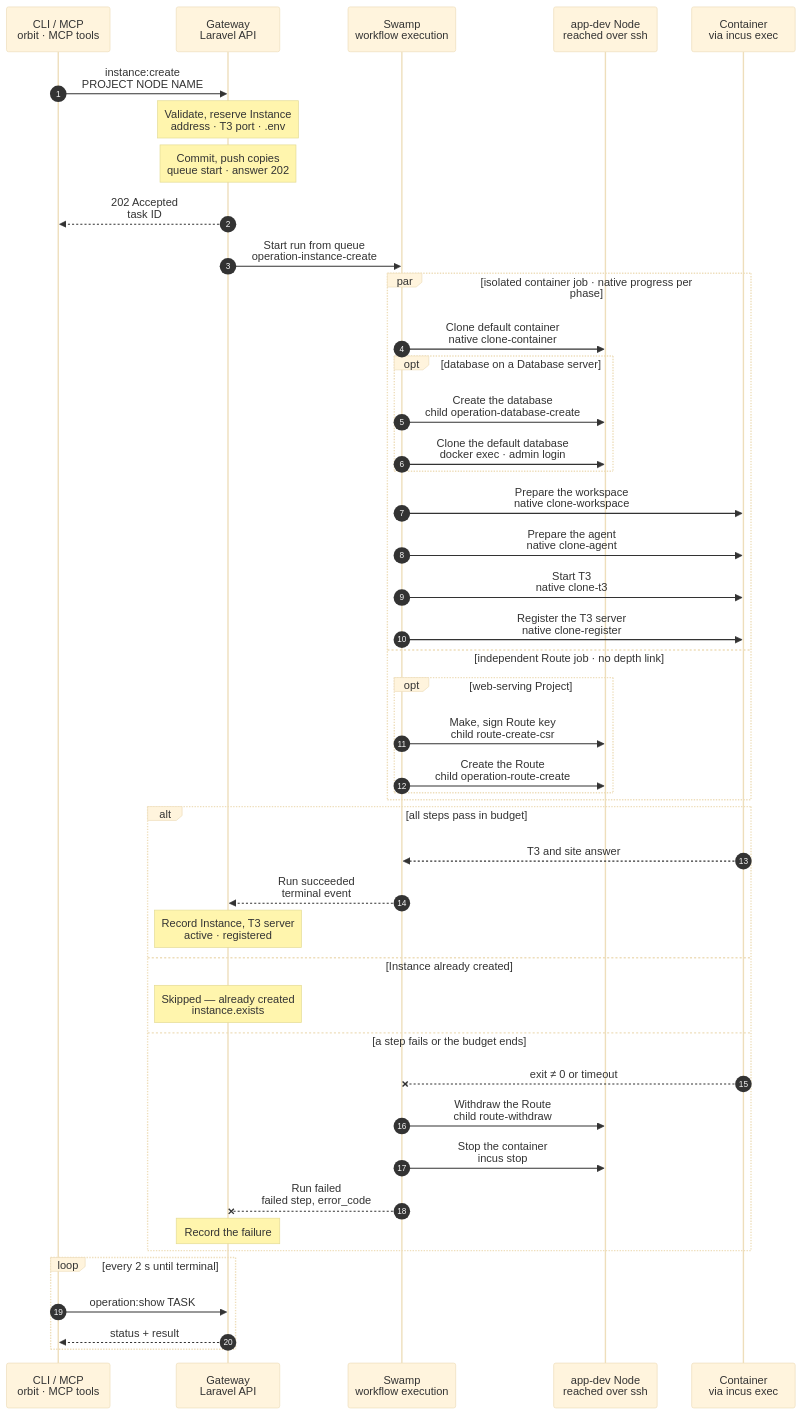
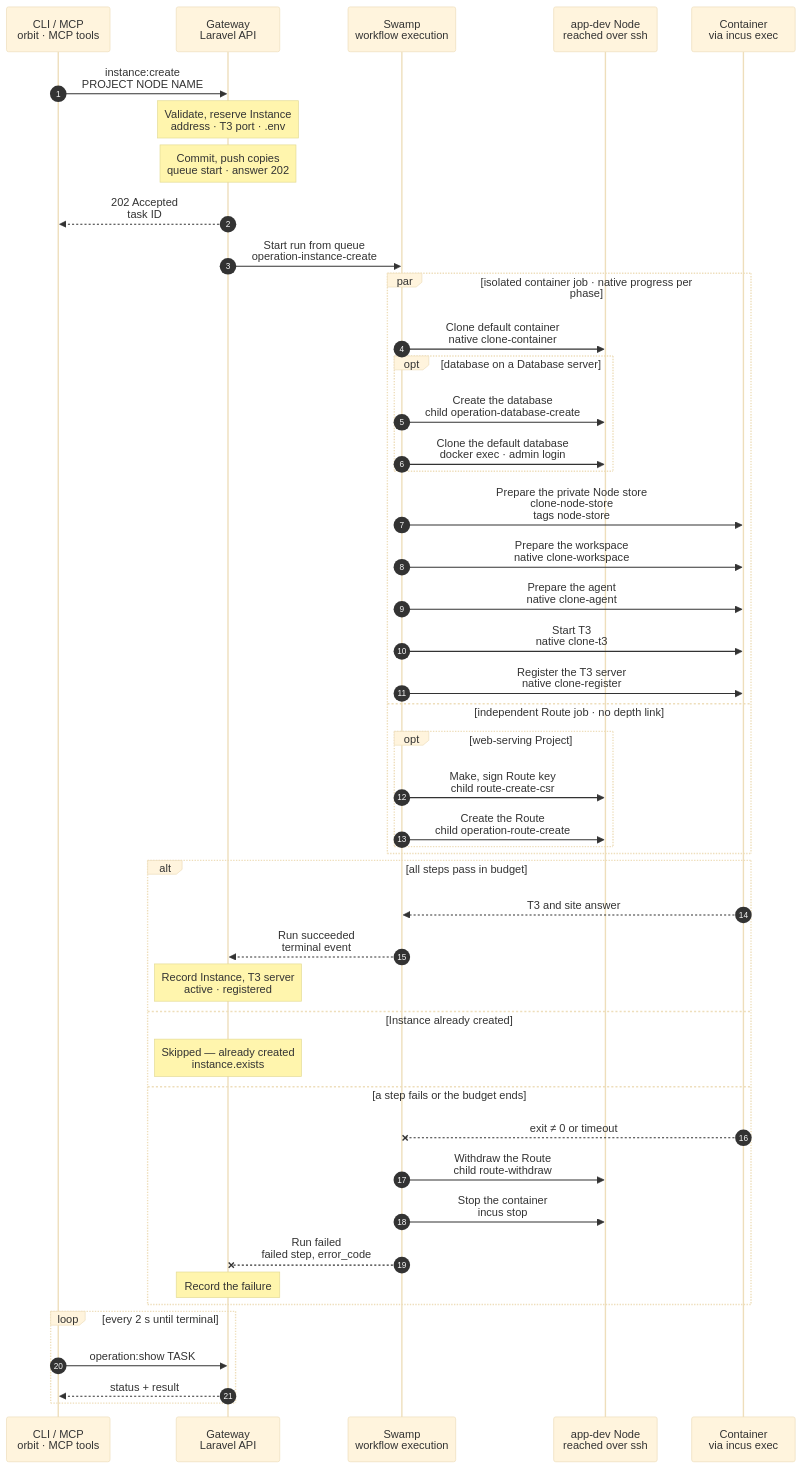
Before and after one commit to hardimpactdev/orbit: the diagram in docs/cli/instance/container/create.mmd, drawn with Mermaid (base theme). The commit also changed 33 other files, not shown here.

First line of the commit message:
fix: prepare private Node stores at clone and migrate launch (#3453)

```diff
--- a/docs/cli/instance/container/create.mmd
+++ b/docs/cli/instance/container/create.mmd
@@ -1,121 +1,123 @@
 sequenceDiagram
   %% Target design, container runtime (ADR 0250 step 3, docs/reference/development-containers.md#create): every new Instance is a ZFS clone of the Project's default Instance on its Node, with a clone of its database. Built for the Nodes of the build list. The kind and its step names follow docs/cli/instance/create.mmd; the intent's `container.clone` marks a clone. The Project's first default Instance is container/create-default.mmd; when the charts move into place, it becomes the first-default branch of this chart.
   %% status: draft
   %% command: instance:create
   %% kind: instance.create
   autonumber
   %% lane CLI icon=terminal pill=caller tone=gray
   %% lane GW icon=gateway pill=intent tone=blue
   %% lane SW icon=workflow pill=executes tone=green
   %% lane N icon=server pill=target tone=amber
   %% lane C icon=server pill=target tone=purple
   participant CLI as CLI / MCP<br/>orbit · MCP tools
   participant GW as Gateway<br/>Laravel API
   participant SW as Swamp<br/>workflow execution
   participant N as app-dev Node<br/>reached over ssh
   participant C as Container<br/>via incus exec
   CLI->>GW: instance:create<br/>PROJECT NODE NAME
   %%> Command:
   %%> - `orbit instance:create PROJECT NODE NAME`
   %%> - syntax: `<project> <node> <name> [--root=PATH] [--domain=HOST] [--branch=BRANCH] [--database-server=SLUG]`
   Note over GW: Validate, reserve Instance<br/>address · T3 port · .env
   %%> Requirements:
   %%> - the calling Node has node access to the target Node, an active `app-dev` Node
   %%> - the Project's `default` Instance runs in a container on this Node, is active and has a seed snapshot, else `instance.default_missing`
   %%> - Conn is enabled, and the model router has its guard, else `operation.kind_unavailable`
   %%> - a database on a Database server clones on the default's server; another server refuses `instance.database_clone_unsupported`
   %%> Result:
   %%> - the Instance is reserved with its runtime record: container name, bridge address, the lowest free T3 port from 3800 and the default as clone source
   %%> - `.env` is rendered from the Project's env template; it, the placeholder model key and a repository read token go to the vault
   %%> - the clone workspace reads one private JSON vault value with `.env` and the Process environment files; SSH stdin takes the whole value
   %%> - a task is recorded with the full intent and `container.clone`
   Note over GW: Commit, push copies<br/>queue start · answer 202
   GW-->>CLI: 202 Accepted<br/>task ID
   GW->>SW: Start run from queue<br/>operation-instance-create
   par isolated container job · native progress per phase
     SW->>N: Clone default container<br/>native clone-container
     %%> What it does:
     %%> - the copy supplies the full root disk device (type, path, pool and size), whether the seed inherits it or stores it locally
     %%> - `incus copy` of the default container's snapshot `seed-<commit>`, a ZFS clone; a stopped default needs no start
     %%> - the copy gets its own bridge address and ACL, and the proxy device `t3`: NAT from the Node's WireGuard address and the T3 port to T3's port 3773
     %%> - the container's ACL lets the Node's Caddy reach port 8080, WireGuard peers reach port 3773, and the container reach its database server's port
     %%> - UFW: a route rule admits WireGuard peers to T3, below a deny for the task VM range; a rule admits the container to its database server's port
     %%> - starts the copy: nftables, `hidepid` and the image's units start; T3 does not, because `/etc/orbit/instance` does not exist yet
     %%> Mail:
     %%> - the same launch applies the exact SMTP path before the four root-owned mail units; no separate mail playbook or step
     %%> - two IPv4 loopback sockets forward 1025 and 2525; foreign units or listeners skip setup without stopping their Process
     %%> On mail failure:
     %%> - keep a mail warning and continue workspace, T3 and registration; mail:update remains the repair command
     %%> Branch:
     %%> - fetches the Instance's branch into the Node's mirror with the read token, or creates it at the seed commit; the token stays on the Node
     opt database on a Database server
       SW->>N: Create the database<br/>child operation-database-create
       %%> What it does, through the database family:
       %%> - creates the Instance's owner and an empty database on the default's server
       SW->>N: Clone the default database<br/>docker exec · admin login
       %%> What it does:
       %%> - PostgreSQL: refuses new connections to the default database and ends its sessions, then `CREATE DATABASE … TEMPLATE`, and gives the clone's objects to the new owner
       %%> - a cleanup that always runs allows connections to the default database again
       %%> - MySQL: a dump of the default database restored into the new one
       %%> Runs beside the clone step: Swamp starts both at once.
     end
+    SW->>C: Prepare the private Node store<br/>clone-node-store<br/>tags node-store
+    %%> - preserves downloaded runtimes from the seed, converts an old shared-store link as orbit, and copies the current recipe; workspace preparation fetches a changed branch pin before starting Processes
     SW->>C: Prepare the workspace<br/>native clone-workspace
     %%> What it does:
     %%> - pushes the branch in as a bundle and checks it out in `/srv/workspace`; the group, setgid bits and default ACLs come with the clone
     %%> - writes `.env` for `orbit` with group `work`; it keeps the default's `APP_KEY`, because the cloned data is encrypted with it
     %%> No setup steps:
     %%> - the default Instance installed the dependencies and migrated; a later lockfile change is installed in the workspace
     SW->>C: Prepare the agent<br/>native clone-agent
     %%> What it does:
     %%> - writes the placeholder key for `agent`, and the Claude Code and Codex settings that point at the model forwarder
     %%> - links `~/.claude/CLAUDE.md` and `~/.codex/AGENTS.md` of `agent` to the note of the Project type
     %%> - writes `/etc/orbit/instance`, owned by root and readable by all
     %%> What it does:
     %%> - writes the shared FrankenPHP Caddyfile and unit, then restarts it as `orbit`; only the Node's bridge peer with `X-Forwarded-Proto: https` sets PHP's HTTPS scheme, port and resolved client IP
   %%> - starts use nonblocking systemd jobs, then a bounded readiness check for each running unit; container Process units order after `network.target`
     SW->>C: Start T3<br/>native clone-t3
     %%> What it does:
     %%> - T3 starts for the first time and creates its identity; the T3 project `/srv/workspace` is added as `agent`
     %%> Check:
     %%> - waits up to 30 s for `/.well-known/t3/environment`, else `instance.t3_unready`
     SW->>C: Register the T3 server<br/>native clone-register
     %%> What it does:
     %%> - see container/t3-register.mmd: the sessions go to the vault, and the step checks the environment id and scopes
   and independent Route job · no depth link
     opt web-serving Project
       SW->>N: Make, sign Route key<br/>child route-create-csr
       SW->>N: Create the Route<br/>child operation-route-create
       %%> What it adds:
       %%> - the same steps as `route:create`, with the signed certificate, then a TLS handshake check; no HTTP request waits for app startup
       %%> - the Node's Caddy proxies the Route to FrankenPHP at the container's bridge address
       %%> - the Route job waits only for its CSR; a separate job prevents depth scheduling from delaying the container phases
       %%> - the prepared Route skips workspace ACL and environment writes; the container job owns those
     end
   end
   alt all steps pass in budget
     C-->>SW: T3 and site answer
     SW-->>GW: Run succeeded<br/>terminal event
     Note over GW: Record Instance, T3 server<br/>active · registered
     %%> Result:
     %%> - the Instance, its runtime and its Route become active; the runtime records the default Instance it came from
     %%> - the Conn layer records the T3 server from the result; its Node is the container's Node and it names the Instance
     %%> - the receipt includes when T3 answered, its sessions passed, and the Route TLS probes passed
   else Instance already created
     Note over GW: Skipped — already created<br/>instance.exists
   else a step fails or the budget ends
     C--xSW: exit ≠ 0 or timeout
     SW->>N: Withdraw the Route<br/>child route-withdraw
     %%> When:
     %%> - only when the run published it
     SW->>N: Stop the container<br/>incus stop
     %%> What stays:
     %%> - the stopped container, its database and its runtime record, marked failed; `instance:destroy` removes them
     SW--xGW: Run failed<br/>failed step, error_code
     Note over GW: Record the failure
     %%> Retry:
     %%> - run the same command again; it resumes on the same container and database
   end
   loop every 2 s until terminal
     CLI->>GW: operation:show TASK
     GW-->>CLI: status + result
   end
```
